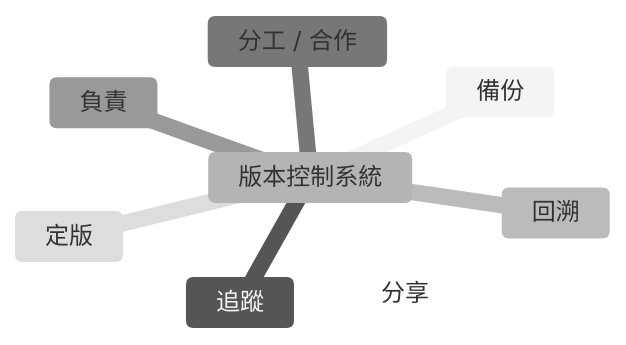
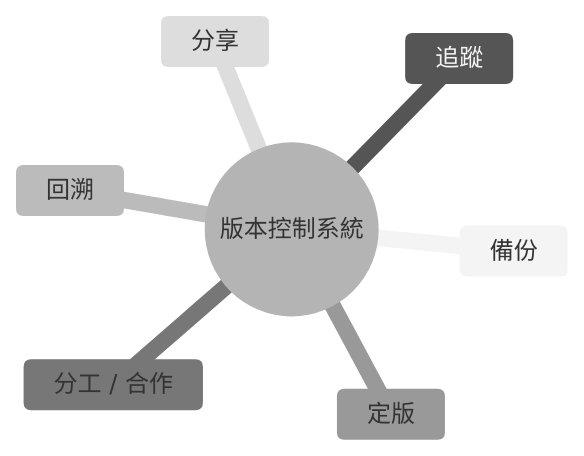
One commit to lankahsu520/HelperX changed the first of 13 diagrams in helper_VCS-SVNvsGit.md. Above: the diagram before and after it, drawn with Mermaid (neutral theme). The commit also changed 6 other files, not shown here.

Commit message:
add mindmap root(())

````diff
--- a/helper_VCS-SVNvsGit.md
+++ b/helper_VCS-SVNvsGit.md
@@ -30,11 +30,10 @@
 ```mermaid
 mindmap
-	版本控制系統
+	root((版本控制系統))
 		備份
 		追蹤
 		回溯
 		分工 / 合作
-		負責
 		定版
 		分享
 ```
````
